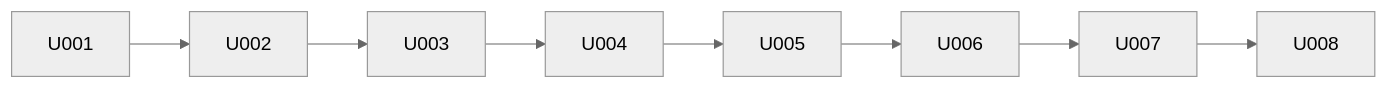
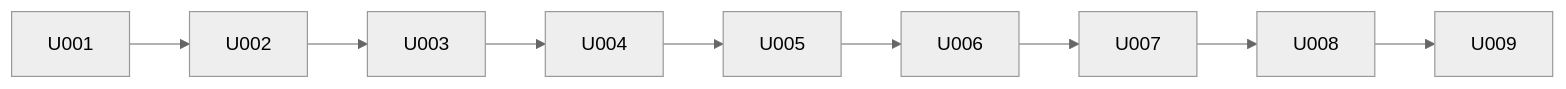
One commit to kagyuu/DbFAQ changed the diagram in docs/P005-impl-plan.md. Above: the diagram before and after it, drawn with Mermaid (neutral theme). The commit also changed other lines of this file and 109 other files, not shown here.

````diff
--- a/docs/P005-impl-plan.md
+++ b/docs/P005-impl-plan.md
@@ -126,4 +139,4 @@
 ```mermaid
 flowchart LR
-  U001 --> U002 --> U003 --> U004 --> U005 --> U006 --> U007 --> U008
+  U001 --> U002 --> U003 --> U004 --> U005 --> U006 --> U007 --> U008 --> U009
 ```
````
